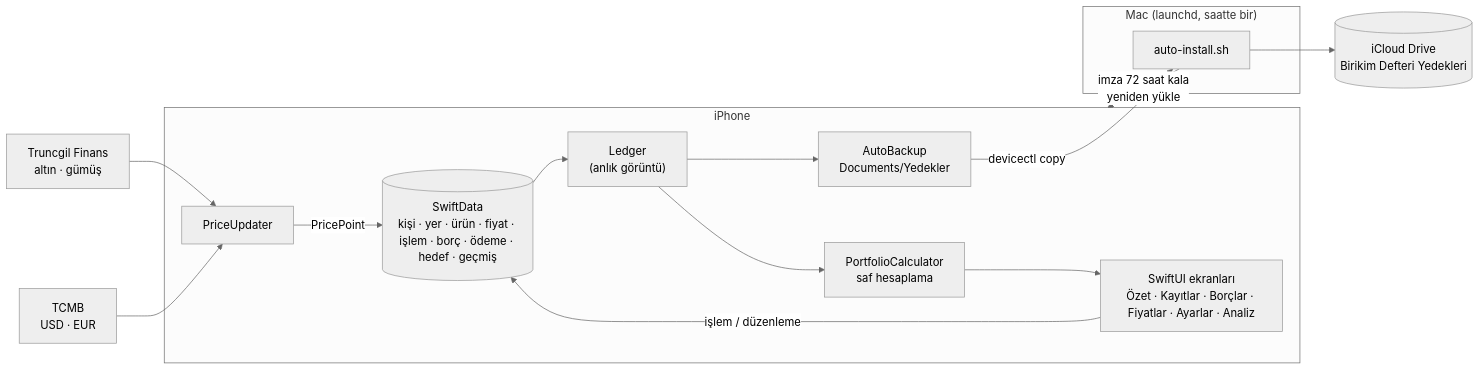
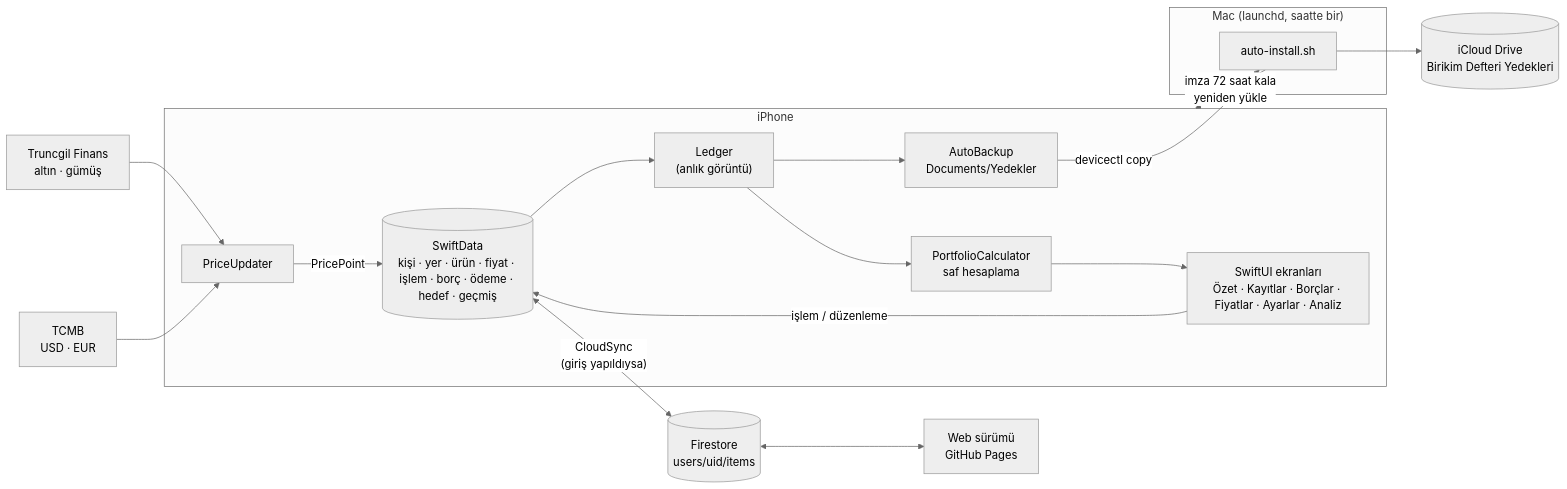
One commit to kadirtuna/BirikimDefteri changed the second of 2 diagrams in README.md. Above: the diagram before and after it, drawn with Mermaid (neutral theme). The commit also changed other lines of this file and 6 other files, not shown here.

````diff
--- a/README.md
+++ b/README.md
@@ -282,22 +316,24 @@
 ```mermaid
 flowchart LR
     subgraph Cihaz["iPhone"]
         SD[("SwiftData<br/>kişi · yer · ürün · fiyat · işlem · borç · ödeme · hedef · geçmiş")]
         L["Ledger<br/>(anlık görüntü)"]
         PC["PortfolioCalculator<br/>saf hesaplama"]
         UI["SwiftUI ekranları<br/>Özet · Kayıtlar · Borçlar · Fiyatlar · Ayarlar · Analiz"]
         PU["PriceUpdater"]
         AB["AutoBackup<br/>Documents/Yedekler"]
         SD --> L --> PC --> UI
         UI -- "işlem / düzenleme" --> SD
         PU -- "PricePoint" --> SD
         L --> AB
     end
     TR["Truncgil Finans<br/>altın · gümüş"] --> PU
     TC["TCMB<br/>USD · EUR"] --> PU
     subgraph Mac["Mac (launchd, saatte bir)"]
         AI["auto-install.sh"]
     end
     AB -- "devicectl copy" --> AI --> IC[("iCloud Drive<br/>Birikim Defteri Yedekleri")]
     AI -- "imza 72 saat kala<br/>yeniden yükle" --> Cihaz
+    SD <-->|"CloudSync<br/>(giriş yapıldıysa)"| FS[("Firestore<br/>users/uid/items")]
+    FS <--> WEB["Web sürümü<br/>GitHub Pages"]
 ```
````
